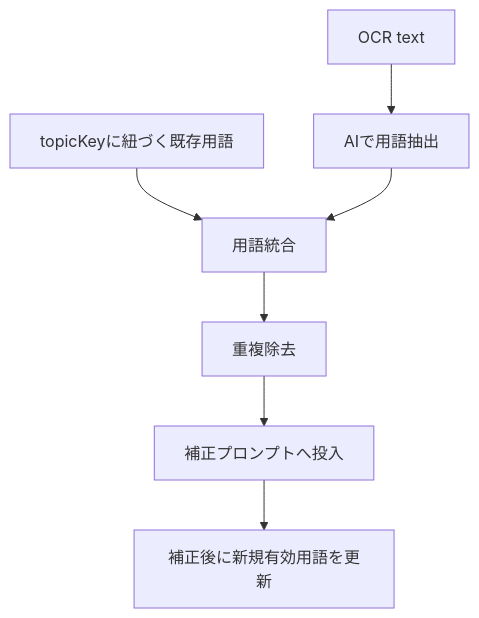
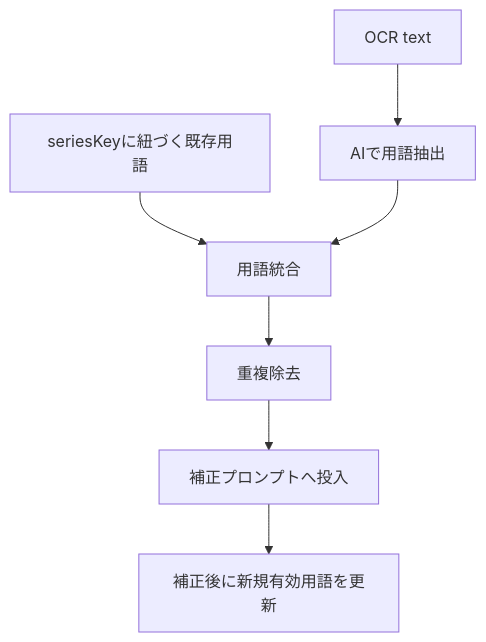
One commit to koichi1115/koenote-docs changed the second of 3 diagrams in STT-Docs/design.md. Above: the diagram before and after it, drawn with Mermaid. The commit also changed other lines of this file and 1 other file, not shown here.

````diff
--- a/STT-Docs/design.md
+++ b/STT-Docs/design.md
@@ -524,9 +569,9 @@
 ```mermaid
 flowchart TD
     A[OCR text] --> B[AIで用語抽出]
-    C[topicKeyに紐づく既存用語] --> D[用語統合]
+    C[seriesKeyに紐づく既存用語] --> D[用語統合]
     B --> D
     D --> E[重複除去]
     E --> F[補正プロンプトへ投入]
     F --> G[補正後に新規有効用語を更新]
 ```
````
